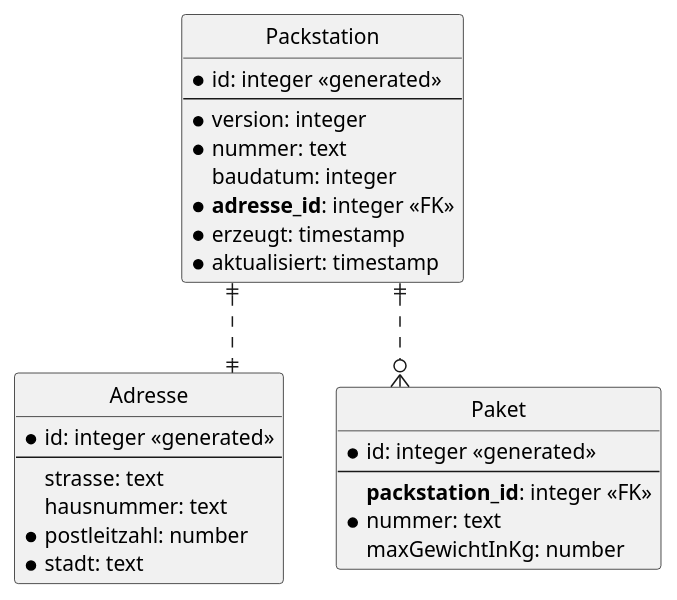
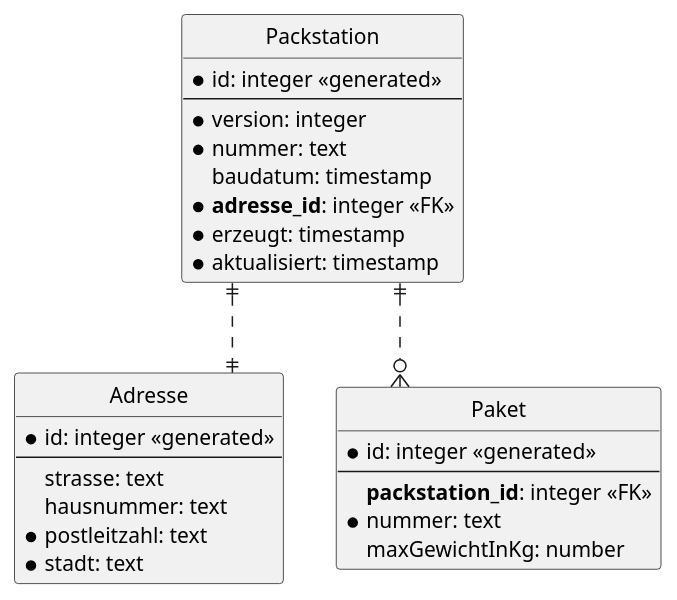
Before and after one commit to marius-a-mueller/kunstwerk: the diagram in .extras/doc/projekthandbuch/ER-Diagramm.plantuml, drawn with PlantUML.

Commit message:
ER-Diagramm Datentyp angepasst

```diff
--- a/.extras/doc/projekthandbuch/ER-Diagramm.plantuml
+++ b/.extras/doc/projekthandbuch/ER-Diagramm.plantuml
@@ -3,40 +3,40 @@
 @startuml ER Diagramm
 
 ' hide the spot
 hide circle
 
 ' evtl. Prbleme mit Kraehenfuessen vermeiden
 skinparam linetype ortho
 
 entity "Packstation" {
   * id: integer <<generated>>
   --
   * version: integer
   * nummer: text
-    baudatum: integer
+    baudatum: timestamp
   * **adresse_id**: integer <<FK>>
   * erzeugt: timestamp
   * aktualisiert: timestamp
 }
 
 entity "Adresse" {
   * id: integer <<generated>>
   --
     strasse: text
     hausnummer: text
-  * postleitzahl: number
+  * postleitzahl: text
   * stadt: text
 }
 
 entity "Paket" {
   * id: integer <<generated>>
   --
     **packstation_id**: integer <<FK>>
   * nummer: text
     maxGewichtInKg: number
 }
 
 Packstation ||..|| Adresse
 Packstation ||..o{ Paket
 
 @enduml
```
